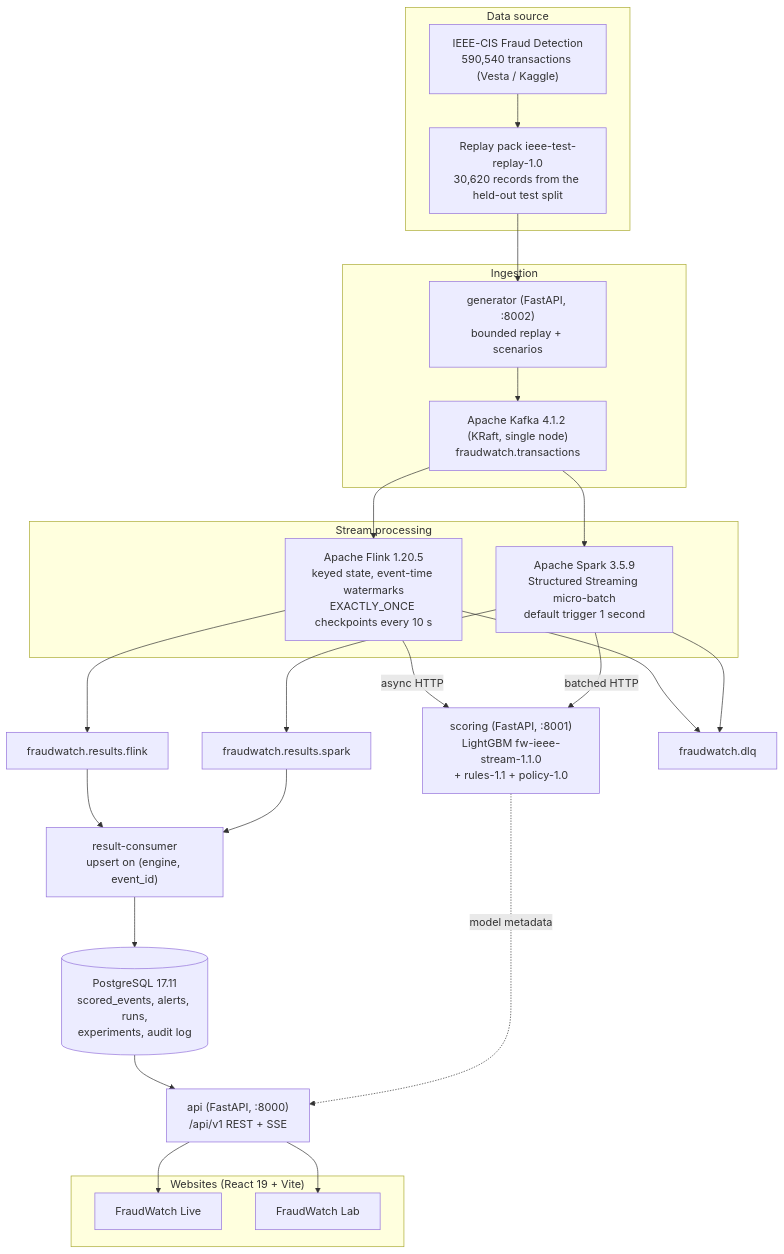
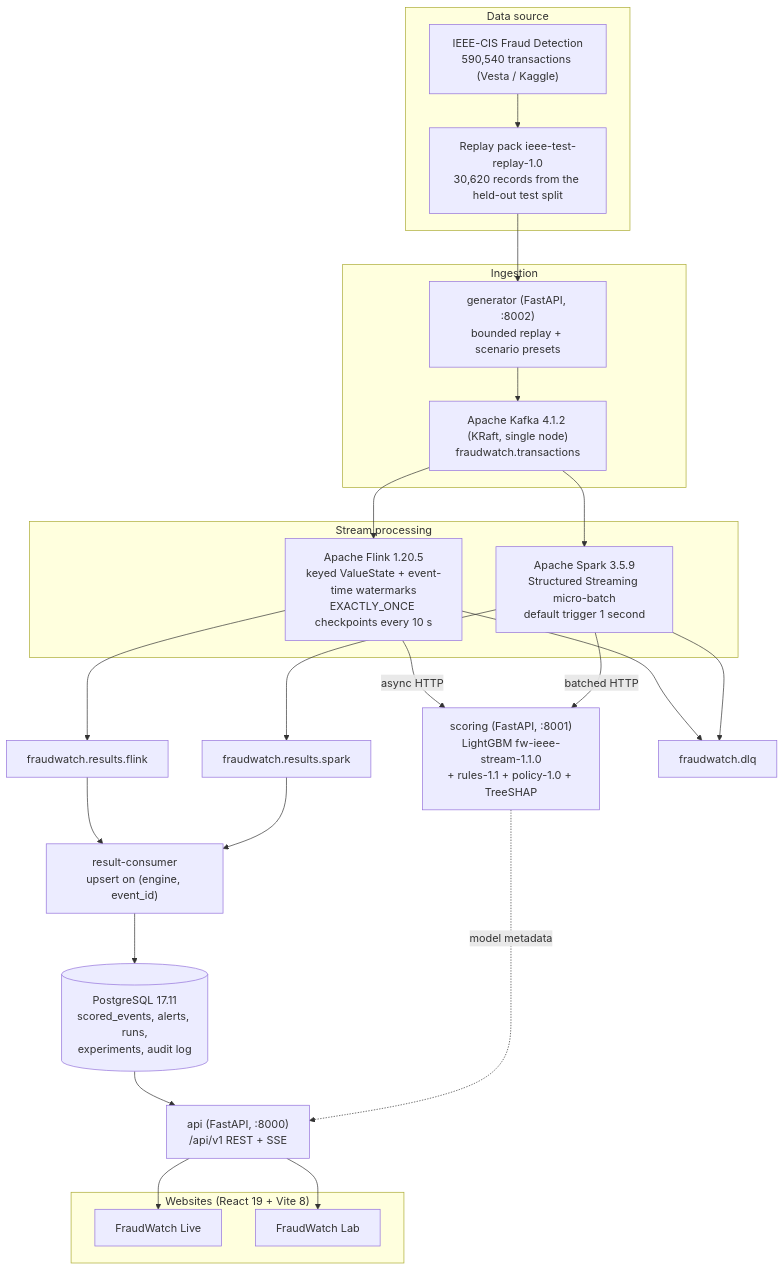
The first of 10 diagrams in README.md (Hardik182005/FraudWatch), drawn with Mermaid before and after one commit. The commit also changed other lines of this file and 14 other files, not shown here.

Commit message:
docs: add figures generator, evaluation charts, and expanded project documentation

````diff
--- a/README.md
+++ b/README.md
@@ -45,53 +140,53 @@
 ```mermaid
 flowchart TB
   subgraph Data["Data source"]
     IEEE["IEEE-CIS Fraud Detection<br/>590,540 transactions (Vesta / Kaggle)"]
     PACK["Replay pack ieee-test-replay-1.0<br/>30,620 records from the held-out test split"]
     IEEE --> PACK
   end
 
   subgraph Ingest["Ingestion"]
-    GEN["generator (FastAPI, :8002)<br/>bounded replay + scenarios"]
+    GEN["generator (FastAPI, :8002)<br/>bounded replay + scenario presets"]
     K["Apache Kafka 4.1.2 (KRaft, single node)<br/>fraudwatch.transactions"]
     GEN --> K
   end
 
   PACK --> GEN
 
   subgraph Engines["Stream processing"]
-    FL["Apache Flink 1.20.5<br/>keyed state, event-time watermarks<br/>EXACTLY_ONCE checkpoints every 10 s"]
+    FL["Apache Flink 1.20.5<br/>keyed ValueState + event-time watermarks<br/>EXACTLY_ONCE checkpoints every 10 s"]
     SP["Apache Spark 3.5.9<br/>Structured Streaming micro-batch<br/>default trigger 1 second"]
   end
 
   K --> FL
   K --> SP
 
-  SC["scoring (FastAPI, :8001)<br/>LightGBM fw-ieee-stream-1.1.0<br/>+ rules-1.1 + policy-1.0"]
-  FL -- "async HTTP" --> SC
-  SP -- "batched HTTP" --> SC
+  SC["scoring (FastAPI, :8001)<br/>LightGBM fw-ieee-stream-1.1.0<br/>+ rules-1.1 + policy-1.0 + TreeSHAP"]
+  FL -->|"async HTTP"| SC
+  SP -->|"batched HTTP"| SC
 
   RF["fraudwatch.results.flink"]
   RS["fraudwatch.results.spark"]
   DLQ["fraudwatch.dlq"]
   FL --> RF
   SP --> RS
   FL --> DLQ
   SP --> DLQ
 
   RC["result-consumer<br/>upsert on (engine, event_id)"]
   RF --> RC
   RS --> RC
   PG[("PostgreSQL 17.11<br/>scored_events, alerts, runs,<br/>experiments, audit log")]
   RC --> PG
 
   API["api (FastAPI, :8000)<br/>/api/v1 REST + SSE"]
   PG --> API
   SC -.->|"model metadata"| API
 
-  subgraph Sites["Websites (React 19 + Vite)"]
+  subgraph Sites["Websites (React 19 + Vite 8)"]
     LIVE["FraudWatch Live"]
     LAB["FraudWatch Lab"]
   end
   API --> LIVE
   API --> LAB
 ```
````
